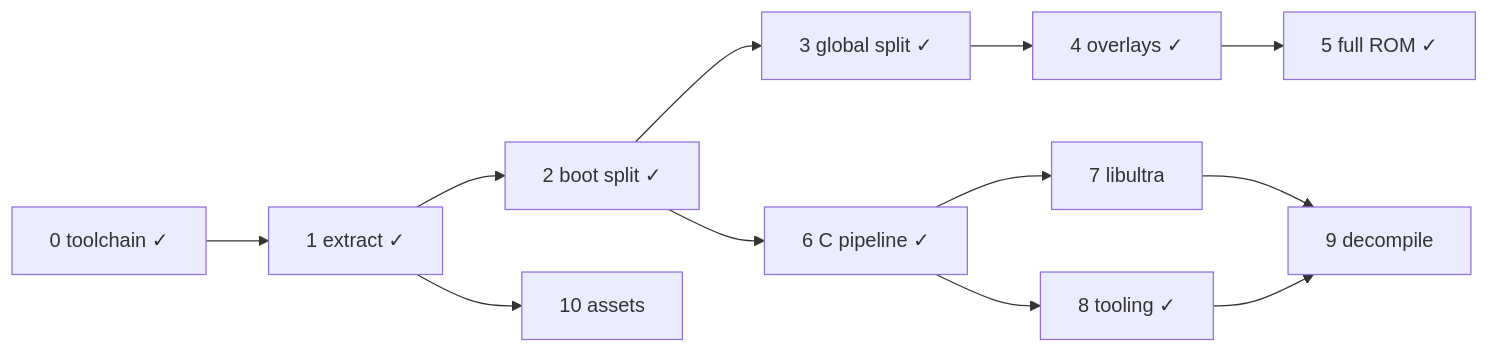
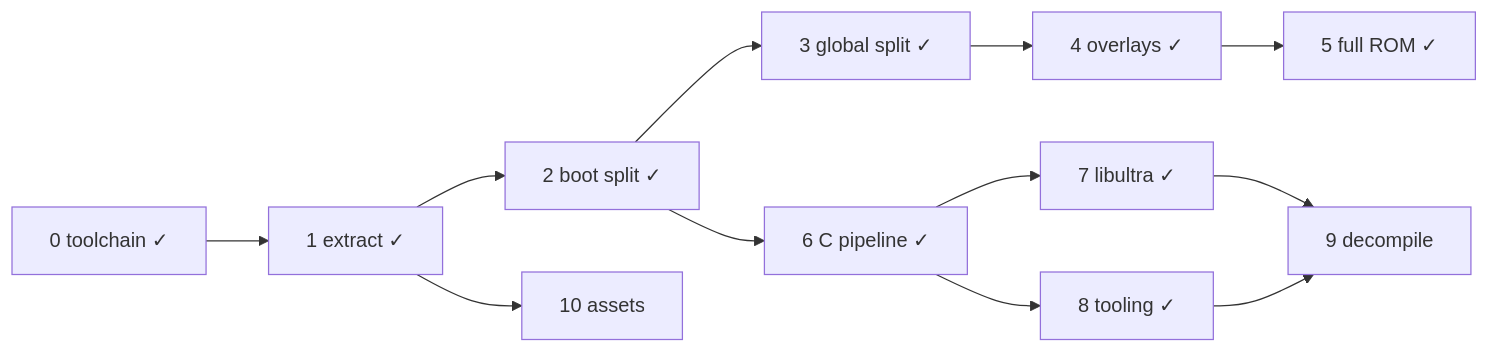
The diagram in ROADMAP.md (Unstripped/decomp_dk64), drawn with Mermaid before and after one commit. The commit also changed other lines of this file and 14 other files, not shown here.

````diff
--- a/ROADMAP.md
+++ b/ROADMAP.md
@@ -78,7 +75,7 @@
 ```mermaid
 graph LR
   C0[0 toolchain ✓] --> C1[1 extract ✓] --> C2[2 boot split ✓] --> C3[3 global split ✓] --> C4[4 overlays ✓] --> C5[5 full ROM ✓]
-  C2 --> C6[6 C pipeline ✓] --> C7[7 libultra] --> C9[9 decompile]
+  C2 --> C6[6 C pipeline ✓] --> C7[7 libultra ✓] --> C9[9 decompile]
   C6 --> C8[8 tooling ✓] --> C9
   C1 --> C10[10 assets]
 ```
````
